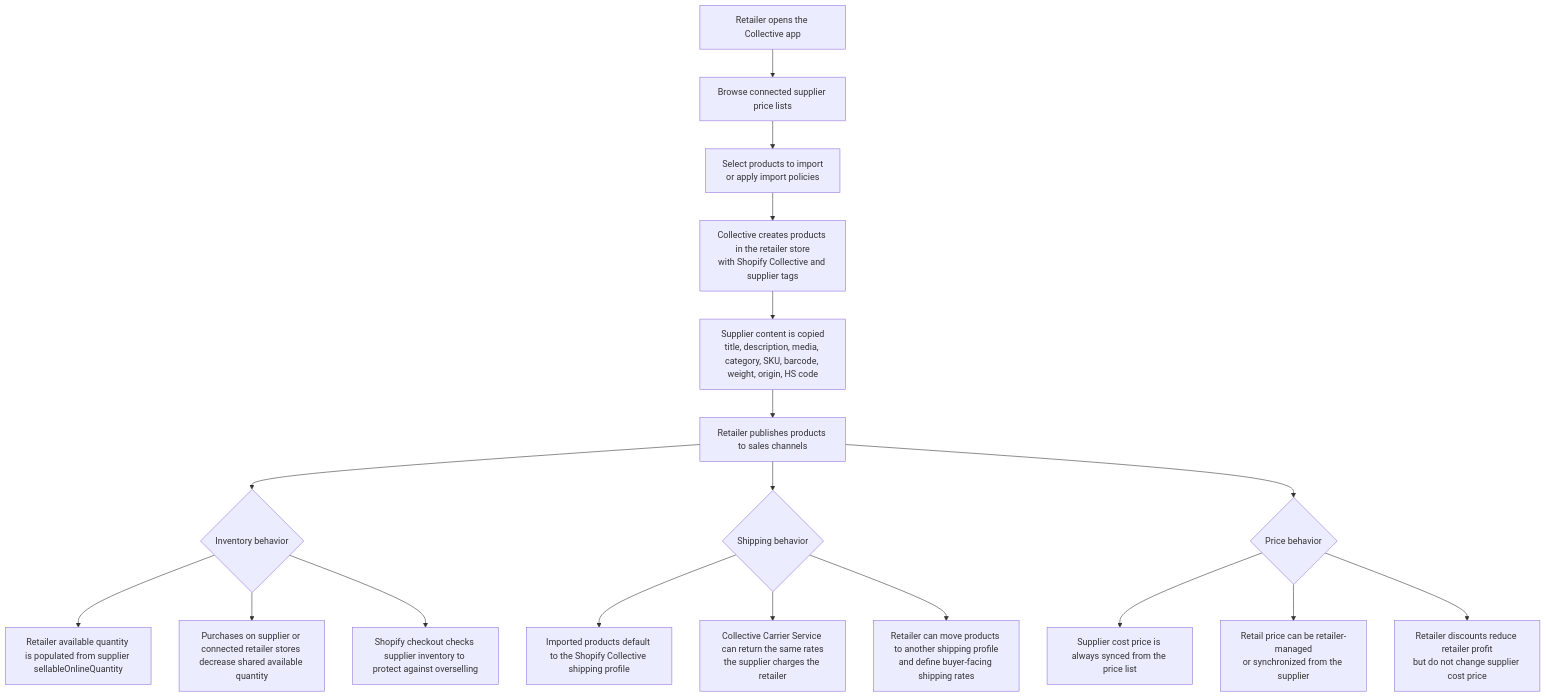
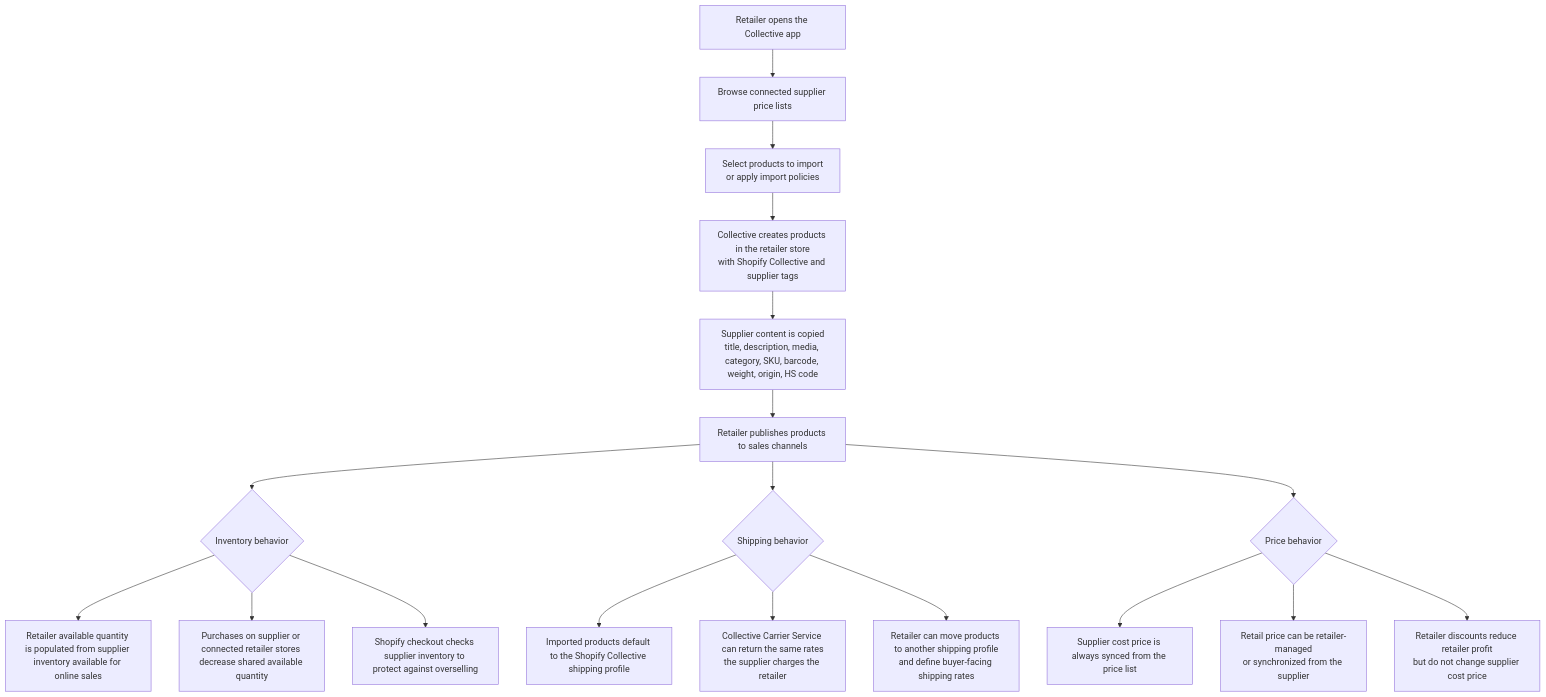
The first of 9 diagrams in products/shopify-collective/architecture.md (shopify-apac-ts/shopify-technical-docs), drawn with Mermaid before and after one commit. The commit also changed other lines of this file and 8 other files, not shown here.

````diff
--- a/products/shopify-collective/architecture.md
+++ b/products/shopify-collective/architecture.md
@@ -23,23 +23,23 @@
 ```mermaid
 flowchart TD
     A["Retailer opens the Collective app"] --> B["Browse connected supplier price lists"]
     B --> C["Select products to import<br/>or apply import policies"]
     C --> D["Collective creates products in the retailer store<br/>with Shopify Collective and supplier tags"]
     D --> E["Supplier content is copied<br/>title, description, media, category, SKU, barcode, weight, origin, HS code"]
     E --> F["Retailer publishes products to sales channels"]
 
     F --> G{"Inventory behavior"}
-    G --> G1["Retailer available quantity is populated from supplier sellableOnlineQuantity"]
+    G --> G1["Retailer available quantity is populated from supplier inventory available for online sales"]
     G --> G2["Purchases on supplier or connected retailer stores decrease shared available quantity"]
     G --> G3["Shopify checkout checks supplier inventory to protect against overselling"]
 
     F --> H{"Shipping behavior"}
     H --> H1["Imported products default to the Shopify Collective shipping profile"]
     H --> H2["Collective Carrier Service can return the same rates<br/>the supplier charges the retailer"]
     H --> H3["Retailer can move products to another shipping profile<br/>and define buyer-facing shipping rates"]
 
     F --> I{"Price behavior"}
     I --> I1["Supplier cost price is always synced from the price list"]
     I --> I2["Retail price can be retailer-managed<br/>or synchronized from the supplier"]
     I --> I3["Retailer discounts reduce retailer profit<br/>but do not change supplier cost price"]
 ```
````
